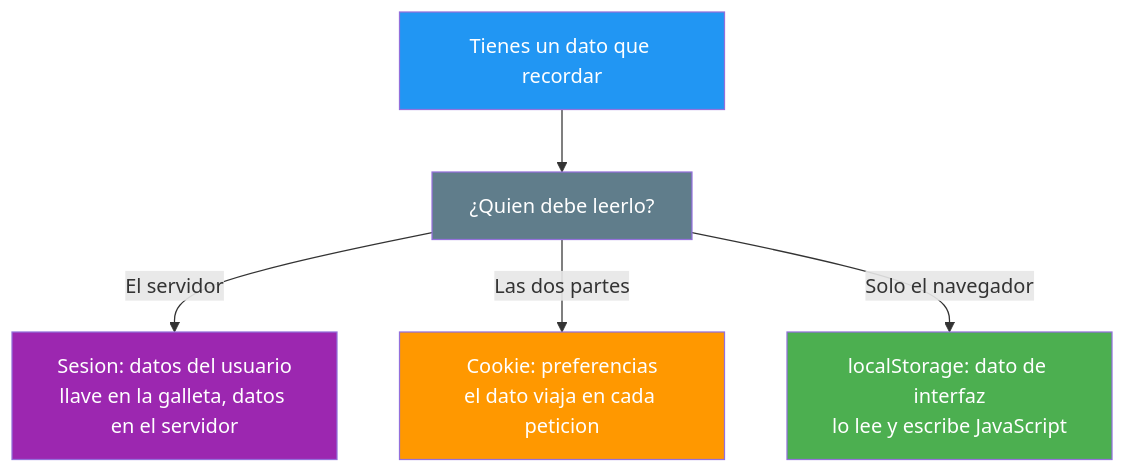
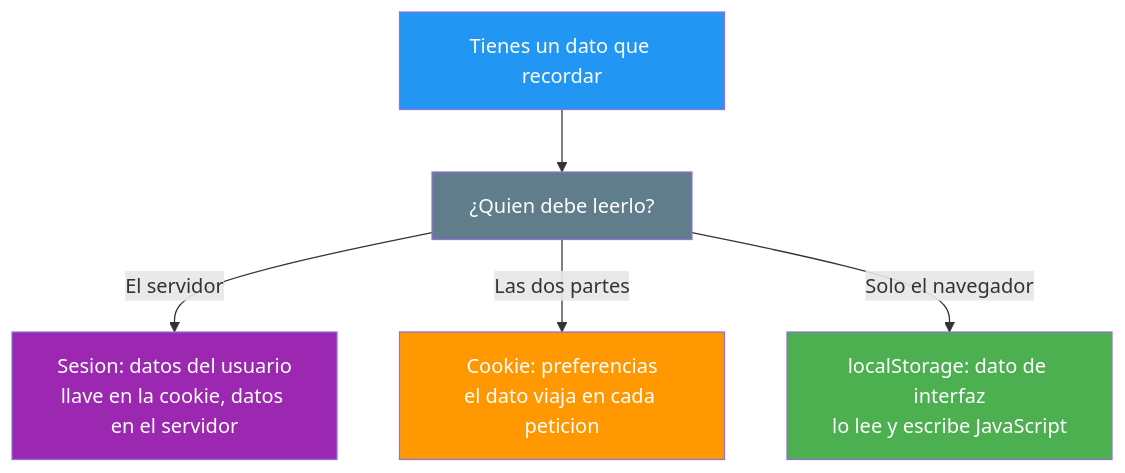
One commit to joseluisgs/DesarrolloWebEntornosServidor-03-2026-2027 changed the fourth of 4 diagrams in 18-cookies-sesiones-cliente.md. Above: the diagram before and after it, drawn with Mermaid. The commit also changed other lines of this file and 1 other file, not shown here.

Commit message:
docs: unificar el termino cookie, completar el 18 con JavaScript, Redis y ejemplos malo-bueno

````diff
--- a/18-cookies-sesiones-cliente.md
+++ b/18-cookies-sesiones-cliente.md
@@ -386,12 +461,12 @@
 ```mermaid
 graph TD
     D["Tienes un dato que recordar"] --> P["¿Quien debe leerlo?"]
-    P -->|El servidor| S["Sesion: datos del usuario<br/>llave en la galleta, datos en el servidor"]
+    P -->|El servidor| S["Sesion: datos del usuario<br/>llave en la cookie, datos en el servidor"]
     P -->|Las dos partes| C["Cookie: preferencias<br/>el dato viaja en cada peticion"]
     P -->|Solo el navegador| L["localStorage: dato de interfaz<br/>lo lee y escribe JavaScript"]
     style D fill:#2196F3,color:#fff
     style P fill:#607D8B,color:#fff
     style S fill:#9C27B0,color:#fff
     style C fill:#FF9800,color:#fff
     style L fill:#4CAF50,color:#fff
 ```
````
